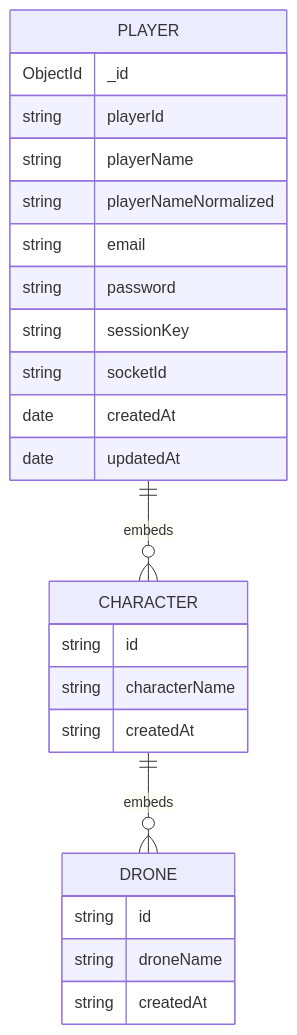
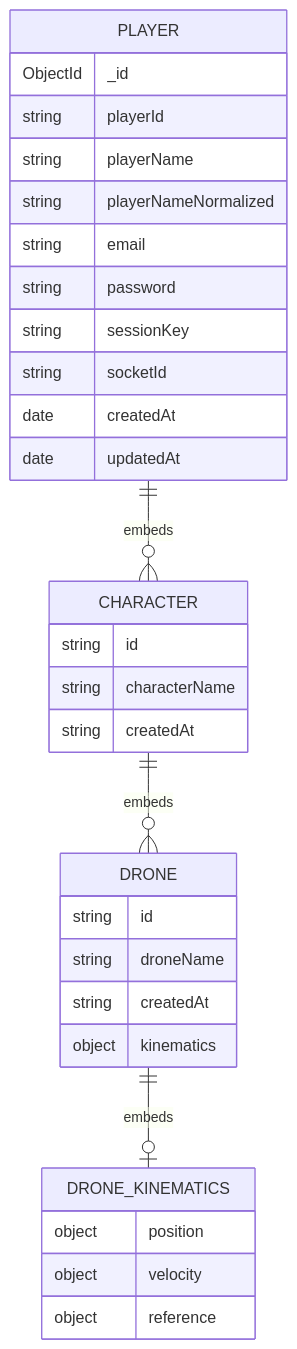
Before and after one commit to qagwaai/solid-train: the diagram in MONGODB_SCHEMA.md, drawn with Mermaid. The commit also changed other lines of this file and 3 other files, not shown here.

````diff
--- a/MONGODB_SCHEMA.md
+++ b/MONGODB_SCHEMA.md
@@ -19,30 +19,38 @@
 ```mermaid
 erDiagram
   PLAYER ||--o{ CHARACTER : embeds
   CHARACTER ||--o{ DRONE : embeds
+  DRONE ||--o| DRONE_KINEMATICS : embeds
 
   PLAYER {
     ObjectId _id
     string playerId
     string playerName
     string playerNameNormalized
     string email
     string password
     string sessionKey
     string socketId
     date createdAt
     date updatedAt
   }
 
   CHARACTER {
     string id
     string characterName
     string createdAt
   }
 
   DRONE {
     string id
     string droneName
     string createdAt
+    object kinematics
+  }
+
+  DRONE_KINEMATICS {
+    object position
+    object velocity
+    object reference
   }
 ```
````
